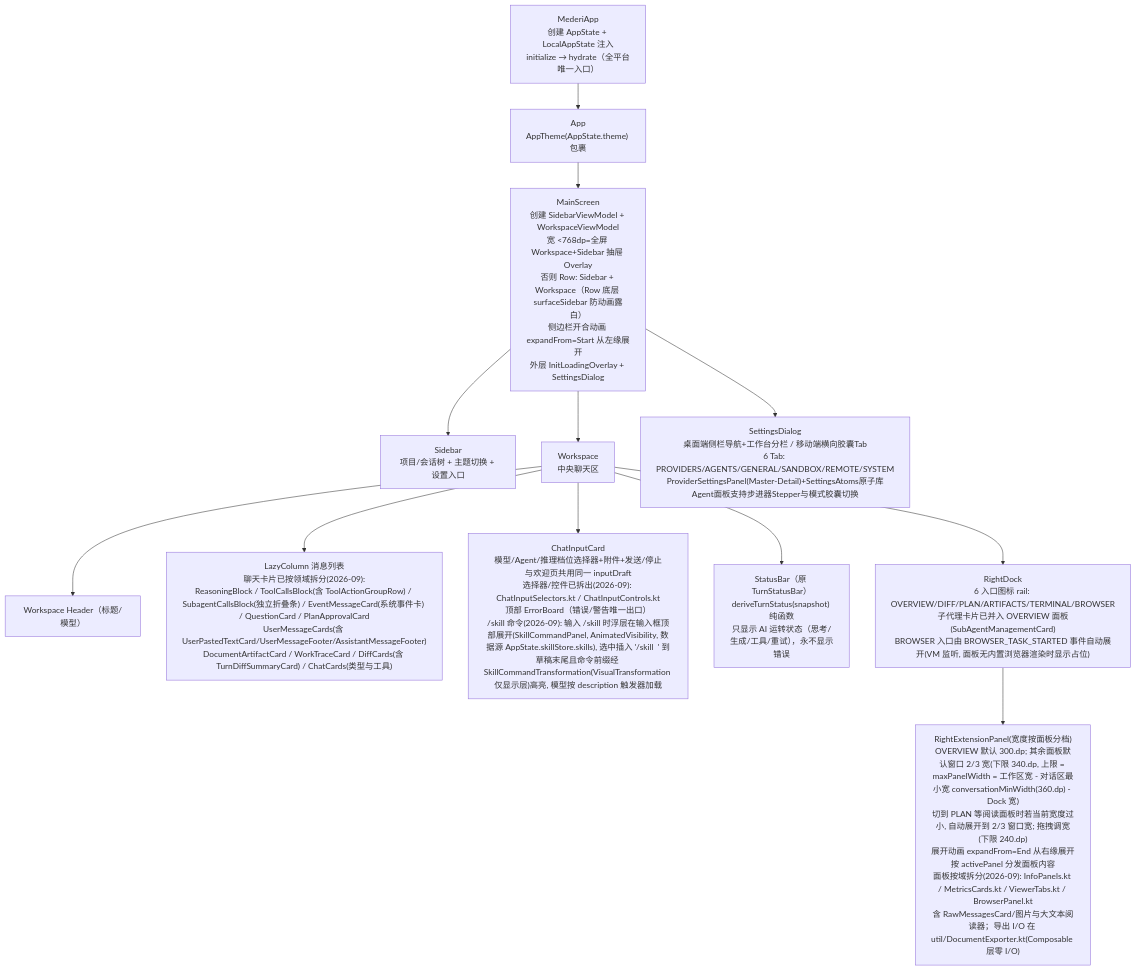
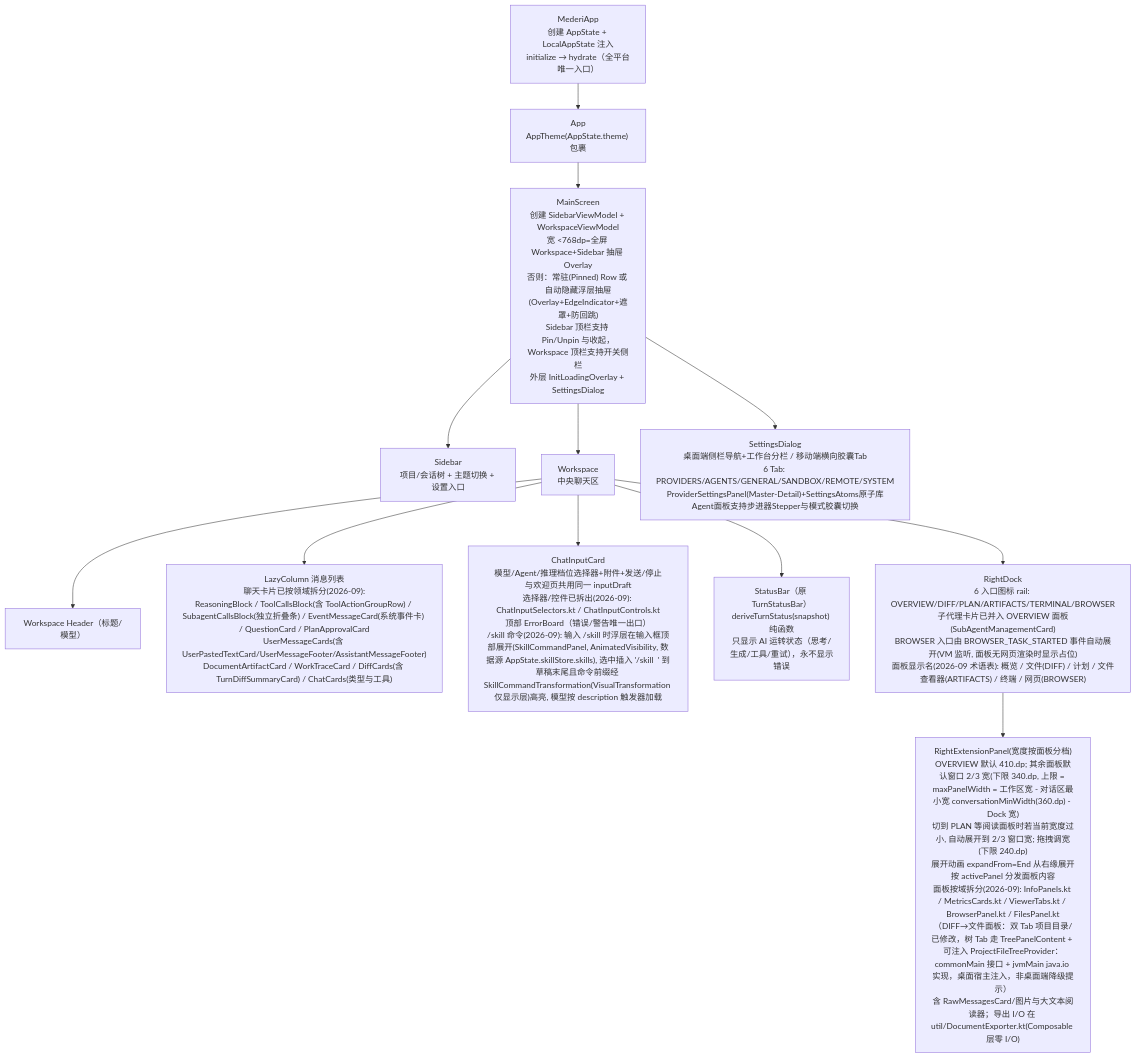
The third of 4 diagrams in docs/architecture/02-app-shared.md (lzdev42/mederi), drawn with Mermaid before and after one commit. The commit also changed other lines of this file and 96 other files, not shown here.

First line of the commit message:
feat: unify ApiKeyResolver as single source of truth, add browser settings and UI improvements

````diff
--- a/docs/architecture/02-app-shared.md
+++ b/docs/architecture/02-app-shared.md
@@ -404,24 +420,24 @@
 ```mermaid
 flowchart TD
     MA["MederiApp<br/>创建 AppState + LocalAppState 注入<br/>initialize → hydrate（全平台唯一入口）"]
     APP["App<br/>AppTheme(AppState.theme) 包裹"]
-    MS["MainScreen<br/>创建 SidebarViewModel + WorkspaceViewModel<br/>宽 <768dp=全屏 Workspace+Sidebar 抽屉 Overlay<br/>否则 Row: Sidebar + Workspace（Row 底层 surfaceSidebar 防动画露白）<br/>侧边栏开合动画 expandFrom=Start 从左缘展开<br/>外层 InitLoadingOverlay + SettingsDialog"]
+    MS["MainScreen<br/>创建 SidebarViewModel + WorkspaceViewModel<br/>宽 <768dp=全屏 Workspace+Sidebar 抽屉 Overlay<br/>否则：常驻(Pinned) Row 或 自动隐藏浮层抽屉(Overlay+EdgeIndicator+遮罩+防回跳)<br/>Sidebar 顶栏支持 Pin/Unpin 与收起，Workspace 顶栏支持开关侧栏<br/>外层 InitLoadingOverlay + SettingsDialog"]
     SB["Sidebar<br/>项目/会话树 + 主题切换 + 设置入口"]
     WS["Workspace<br/>中央聊天区"]
     HDR["Workspace Header（标题/模型）"]
     LIST["LazyColumn 消息列表<br/>聊天卡片已按领域拆分(2026-09):<br/>ReasoningBlock / ToolCallsBlock(含 ToolActionGroupRow) / SubagentCallsBlock(独立折叠条) / EventMessageCard(系统事件卡) / QuestionCard / PlanApprovalCard<br/>UserMessageCards(含 UserPastedTextCard/UserMessageFooter/AssistantMessageFooter)<br/>DocumentArtifactCard / WorkTraceCard / DiffCards(含 TurnDiffSummaryCard) / ChatCards(类型与工具)"]
     INPUT["ChatInputCard<br/>模型/Agent/推理档位选择器+附件+发送/停止<br/>与欢迎页共用同一 inputDraft<br/>选择器/控件已拆出(2026-09): ChatInputSelectors.kt / ChatInputControls.kt<br/>顶部 ErrorBoard（错误/警告唯一出口）<br/>/skill 命令(2026-09): 输入 /skill 时浮层在输入框顶部展开(SkillCommandPanel, AnimatedVisibility, 数据源 AppState.skillStore.skills), 选中插入 '/skill <name> ' 到草稿末尾且命令前缀经 SkillCommandTransformation(VisualTransformation 仅显示层)高亮, 模型按 description 触发器加载"]
     SBAR["StatusBar（原 TurnStatusBar）<br/>deriveTurnStatus(snapshot) 纯函数<br/>只显示 AI 运转状态（思考/生成/工具/重试），永不显示错误"]
-    DOCK["RightDock<br/>6 入口图标 rail: OVERVIEW/DIFF/PLAN/ARTIFACTS/TERMINAL/BROWSER<br/>子代理卡片已并入 OVERVIEW 面板(SubAgentManagementCard)<br/>BROWSER 入口由 BROWSER_TASK_STARTED 事件自动展开(VM 监听, 面板无内置浏览器渲染时显示占位)"]
-    REP["RightExtensionPanel(宽度按面板分档)<br/>OVERVIEW 默认 300.dp; 其余面板默认窗口 2/3 宽(下限 340.dp, 上限 = maxPanelWidth = 工作区宽 - 对话区最小宽 conversationMinWidth(360.dp) - Dock 宽)<br/>切到 PLAN 等阅读面板时若当前宽度过小, 自动展开到 2/3 窗口宽; 拖拽调宽(下限 240.dp)<br/>展开动画 expandFrom=End 从右缘展开<br/>按 activePanel 分发面板内容<br/>面板按域拆分(2026-09): InfoPanels.kt / MetricsCards.kt / ViewerTabs.kt / BrowserPanel.kt<br/>含 RawMessagesCard/图片与大文本阅读器；导出 I/O 在 util/DocumentExporter.kt(Composable 层零 I/O)"]
+    DOCK["RightDock<br/>6 入口图标 rail: OVERVIEW/DIFF/PLAN/ARTIFACTS/TERMINAL/BROWSER<br/>子代理卡片已并入 OVERVIEW 面板(SubAgentManagementCard)<br/>BROWSER 入口由 BROWSER_TASK_STARTED 事件自动展开(VM 监听, 面板无网页渲染时显示占位)<br/>面板显示名(2026-09 术语表): 概览 / 文件(DIFF) / 计划 / 文件查看器(ARTIFACTS) / 终端 / 网页(BROWSER)"]
+    REP["RightExtensionPanel(宽度按面板分档)<br/>OVERVIEW 默认 410.dp; 其余面板默认窗口 2/3 宽(下限 340.dp, 上限 = maxPanelWidth = 工作区宽 - 对话区最小宽 conversationMinWidth(360.dp) - Dock 宽)<br/>切到 PLAN 等阅读面板时若当前宽度过小, 自动展开到 2/3 窗口宽; 拖拽调宽(下限 240.dp)<br/>展开动画 expandFrom=End 从右缘展开<br/>按 activePanel 分发面板内容<br/>面板按域拆分(2026-09): InfoPanels.kt / MetricsCards.kt / ViewerTabs.kt / BrowserPanel.kt / FilesPanel.kt（DIFF→文件面板：双 Tab 项目目录/已修改，树 Tab 走 TreePanelContent + 可注入 ProjectFileTreeProvider：commonMain 接口 + jvmMain java.io 实现，桌面宿主注入，非桌面端降级提示）<br/>含 RawMessagesCard/图片与大文本阅读器；导出 I/O 在 util/DocumentExporter.kt(Composable 层零 I/O)"]
     SD["SettingsDialog<br/>桌面端侧栏导航+工作台分栏 / 移动端横向胶囊Tab<br/>6 Tab: PROVIDERS/AGENTS/GENERAL/SANDBOX/REMOTE/SYSTEM<br/>ProviderSettingsPanel(Master-Detail)+SettingsAtoms原子库<br/>Agent面板支持步进器Stepper与模式胶囊切换"]
     MA --> APP --> MS
     MS --> SB
     MS --> WS
     WS --> HDR
     WS --> LIST
     WS --> INPUT
     WS --> SBAR
     WS --> DOCK --> REP
     MS --> SD
 ```
````
